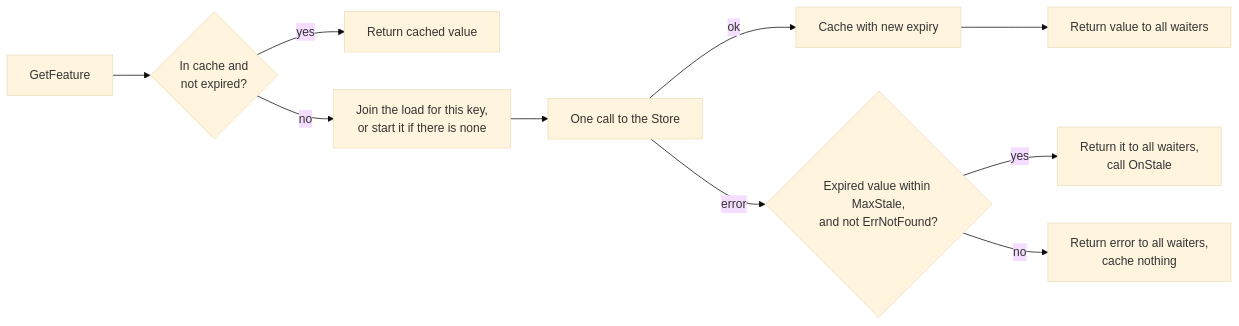
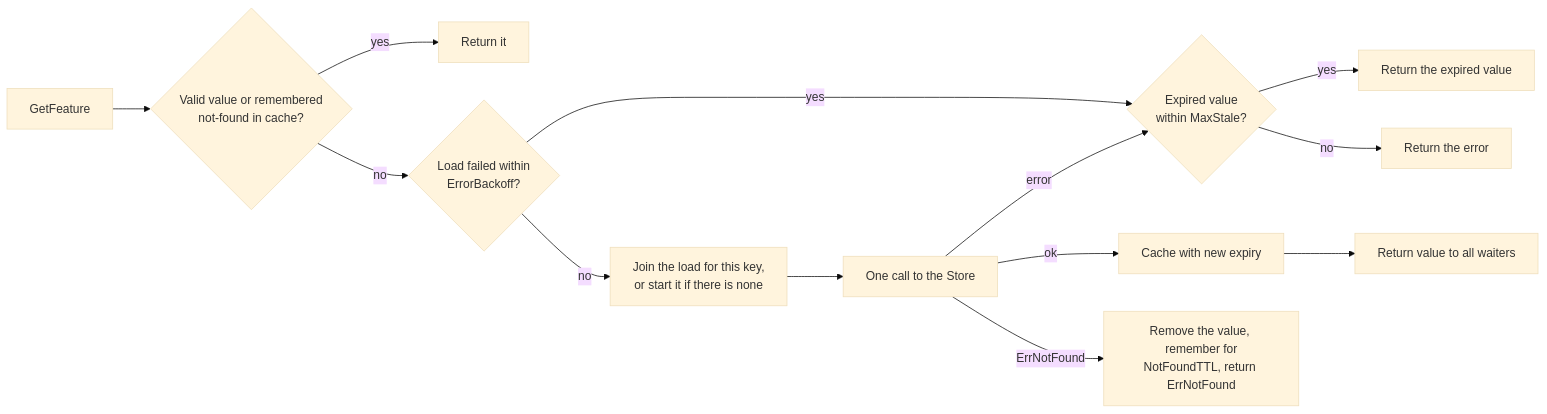
One commit to ariiesaka/backend-lab changed the diagram in go/featurecontrol/README.md. Above: the diagram before and after it, drawn with Mermaid (base theme). The commit also changed other lines of this file and 4 other files, not shown here.

First line of the commit message:
Harden feature cache failure handling and add stats

````diff
--- a/go/featurecontrol/README.md
+++ b/go/featurecontrol/README.md
@@ -5,11 +5,14 @@
 ```mermaid
 flowchart LR
-    A[GetFeature] --> B{In cache and<br>not expired?}
-    B -- yes --> C[Return cached value]
-    B -- no --> H[Join the load for this key,<br>or start it if there is none]
+    A[GetFeature] --> B{Valid value or remembered<br>not-found in cache?}
+    B -- yes --> C[Return it]
+    B -- no --> K{Load failed within<br>ErrorBackoff?}
+    K -- yes --> I
+    K -- no --> H[Join the load for this key,<br>or start it if there is none]
     H --> D[One call to the Store]
     D -- ok --> E[Cache with new expiry] --> F[Return value to all waiters]
-    D -- error --> I{Expired value within MaxStale,<br>and not ErrNotFound?}
-    I -- yes --> J[Return it to all waiters,<br>call OnStale]
-    I -- no --> G[Return error to all waiters,<br>cache nothing]
+    D -- error --> I{Expired value<br>within MaxStale?}
+    D -- ErrNotFound --> L[Remove the value, remember for<br>NotFoundTTL, return ErrNotFound]
+    I -- yes --> J[Return the expired value]
+    I -- no --> G[Return the error]
 ```
````
